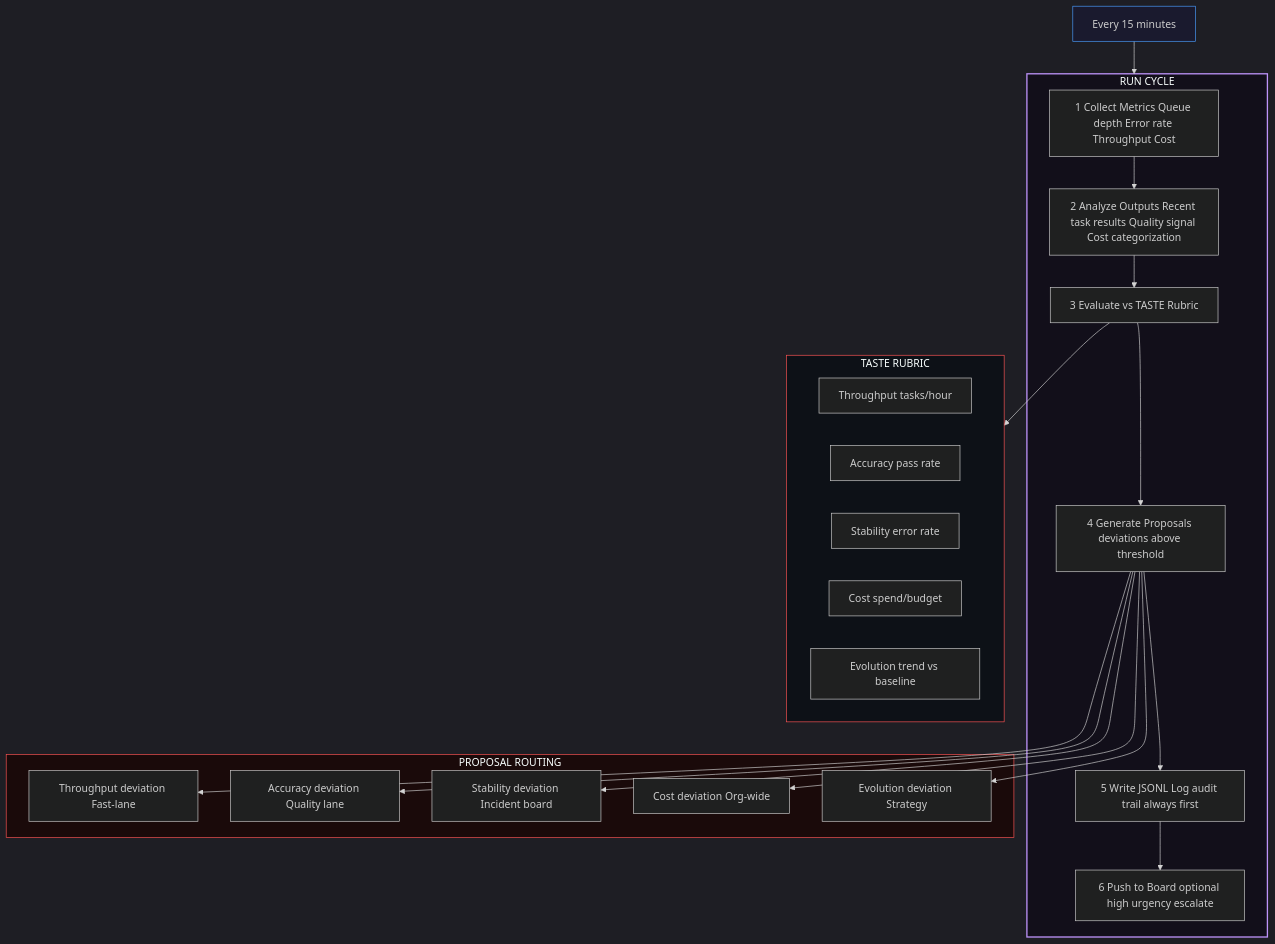
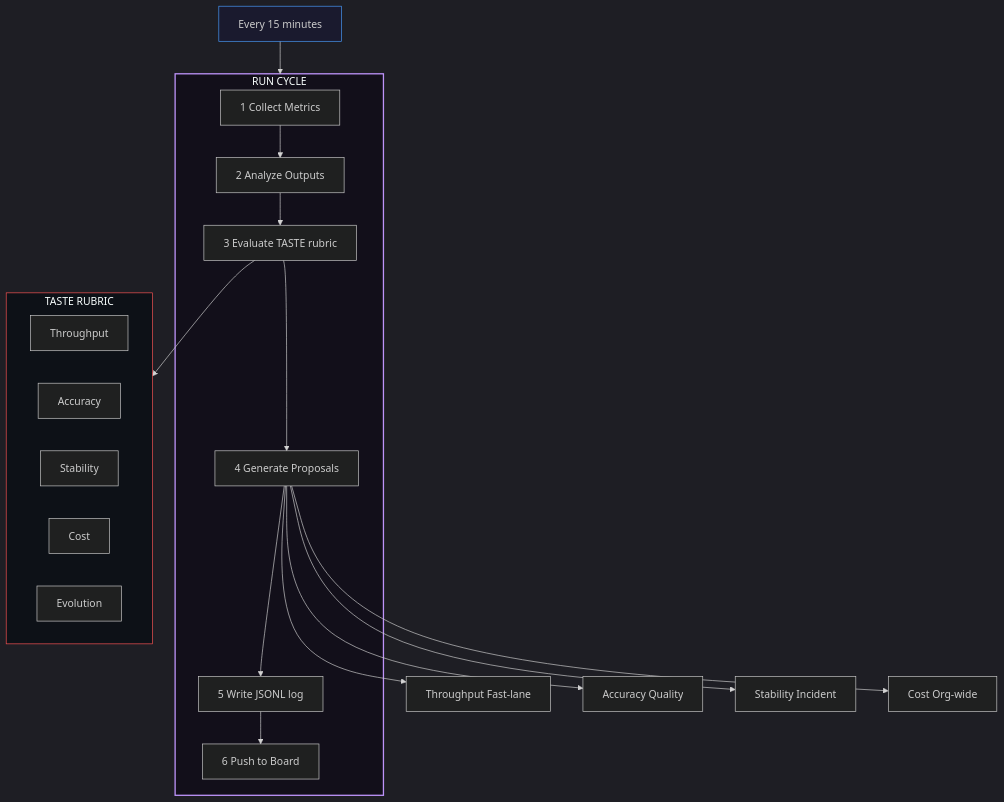
One commit to mmartoccia/ghost-orchestration-pattern changed the diagram in diagrams/CRON_ORCHESTRATOR.mmd. Above: the diagram before and after it, drawn with Mermaid. The commit also changed 5 other files, not shown here.

Commit message:
Fix Mermaid init directives - each on own line for proper parsing

````diff
--- a/diagrams/CRON_ORCHESTRATOR.mmd
+++ b/diagrams/CRON_ORCHESTRATOR.mmd
@@ -1,45 +1,30 @@
 ```mermaid
-%%{init: {"theme": "dark"}}%%
+%%{init: { "theme": "dark" }}%%
 flowchart TB
-    E15["Every 15 minutes"]
-
-    subgraph CYCLE["RUN CYCLE"]
-        M1["1 Collect Metrics Queue depth Error rate Throughput Cost"]
-        M2["2 Analyze Outputs Recent task results Quality signal Cost categorization"]
-        M3["3 Evaluate vs TASTE Rubric"]
-        M4["4 Generate Proposals deviations above threshold"]
-        M5["5 Write JSONL Log audit trail always first"]
-        M6["6 Push to Board optional high urgency escalate"]
+    E["Every 15 minutes"]
+    subgraph C["RUN CYCLE"]
+        M1["1 Collect Metrics"]
+        M2["2 Analyze Outputs"]
+        M3["3 Evaluate TASTE rubric"]
+        M4["4 Generate Proposals"]
+        M5["5 Write JSONL log"]
+        M6["6 Push to Board"]
         M1 --> M2 --> M3 --> M4 --> M5 --> M6
     end
-
-    E15 --> CYCLE
-
-    subgraph TASTE["TASTE RUBRIC"]
-        T["Throughput tasks/hour"]
-        A["Accuracy pass rate"]
-        S["Stability error rate"]
-        C["Cost spend/budget"]
-        E["Evolution trend vs baseline"]
-        T & A & S & C & E
+    E --> C
+    M3 --> T
+    subgraph T["TASTE RUBRIC"]
+        T1["Throughput"]
+        T2["Accuracy"]
+        T3["Stability"]
+        T4["Cost"]
+        T5["Evolution"]
     end
-    M3 --> TASTE
-
-    subgraph PROPOSAL["PROPOSAL ROUTING"]
-        P1["Throughput deviation Fast-lane"]
-        P2["Accuracy deviation Quality lane"]
-        P3["Stability deviation Incident board"]
-        P4["Cost deviation Org-wide"]
-        P5["Evolution deviation Strategy"]
-    end
-    M4 --> P1
-    M4 --> P2
-    M4 --> P3
-    M4 --> P4
-    M4 --> P5
-
-    style E15 fill:#1a1a2e,stroke:#4a9eff,stroke-width:1px
-    style CYCLE fill:#120f1a,stroke:#bd93f9,stroke-width:2px
-    style TASTE fill:#0d1117,stroke:#ff5555,stroke-width:1px
-    style PROPOSAL fill:#1a0a0a,stroke:#ff5555,stroke-width:1px
+    M4 --> P1["Throughput Fast-lane"]
+    M4 --> P2["Accuracy Quality"]
+    M4 --> P3["Stability Incident"]
+    M4 --> P4["Cost Org-wide"]
+    style E fill:#1a1a2e,stroke:#4a9eff,stroke-width:1px
+    style C fill:#120f1a,stroke:#bd93f9,stroke-width:2px
+    style T fill:#0d1117,stroke:#ff5555,stroke-width:1px
 ```
````
